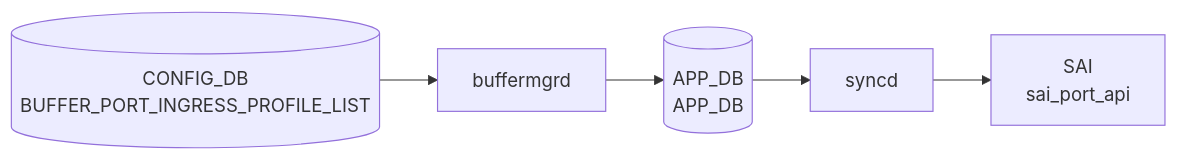
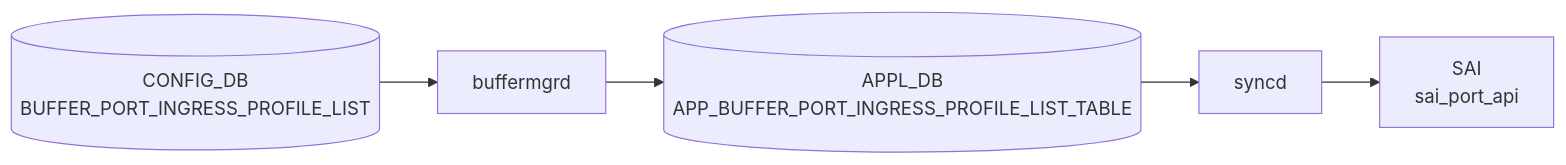
The diagram in docs/reference/config-db/buffer-port-ingress-profile-list.md (aoki-taquan/sonic-unofficial-docs), drawn with Mermaid before and after one commit. The commit also changed 1 other file, not shown here.

Commit message:
review: fix mermaid APP_DB label in buffer-port-*-profile-list pages (batch 074)
APPL_DB ノードのラベルが `APP_DB<br/>APP_DB` という誤った二重表記になっていたのを
正しいテーブル名 `APP_BUFFER_PORT_EGRESS_PROFILE_LIST_TABLE` /
`APP_BUFFER_PORT_INGRESS_PROFILE_LIST_TABLE` に修正。

````diff
--- a/docs/reference/config-db/buffer-port-ingress-profile-list.md
+++ b/docs/reference/config-db/buffer-port-ingress-profile-list.md
@@ -35,12 +35,12 @@
 ```mermaid
 flowchart LR
   CDB[("CONFIG_DB<br/>BUFFER_PORT_INGRESS_PROFILE_LIST")]
   DM["buffermgrd"]
   CDB --> DM
-  APPDB[("APP_DB<br/>APP_DB")]
+  APPDB[("APPL_DB<br/>APP_BUFFER_PORT_INGRESS_PROFILE_LIST_TABLE")]
   DM --> APPDB
   SYNCD["syncd"]
   APPDB --> SYNCD
   SAI["SAI<br/>sai_port_api"]
   SYNCD --> SAI
 ```
````
